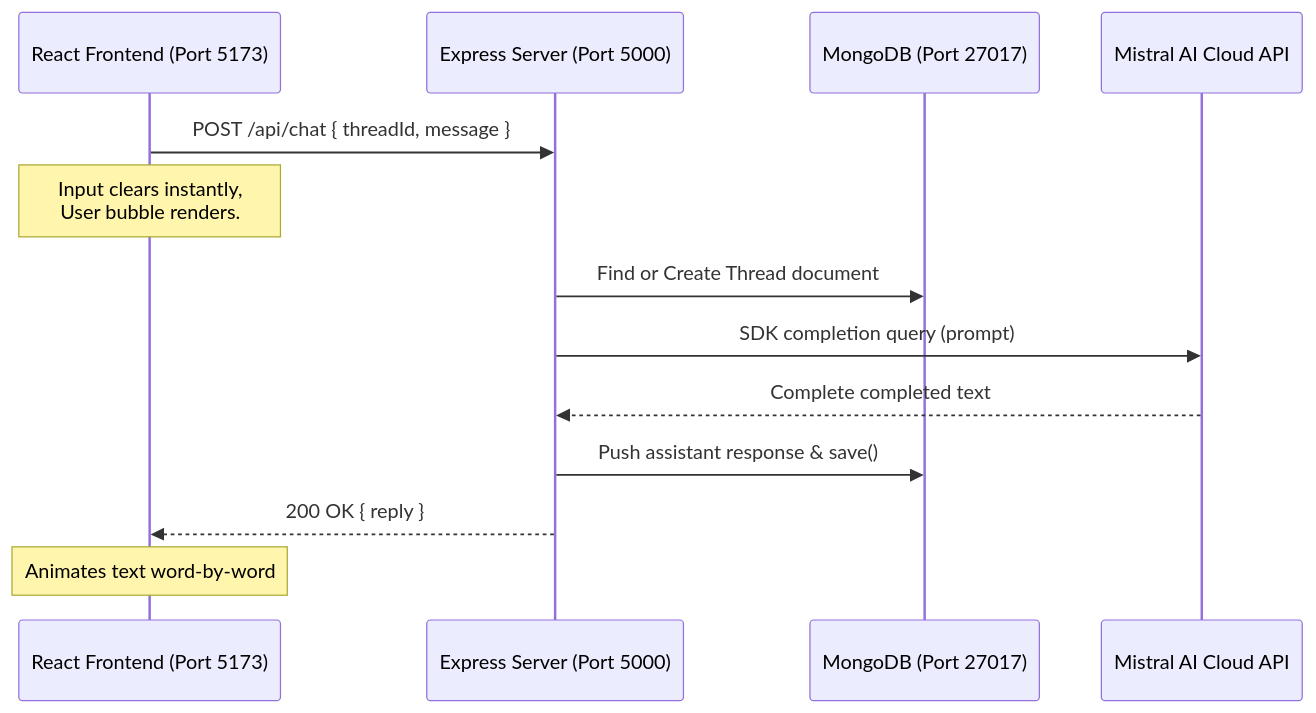
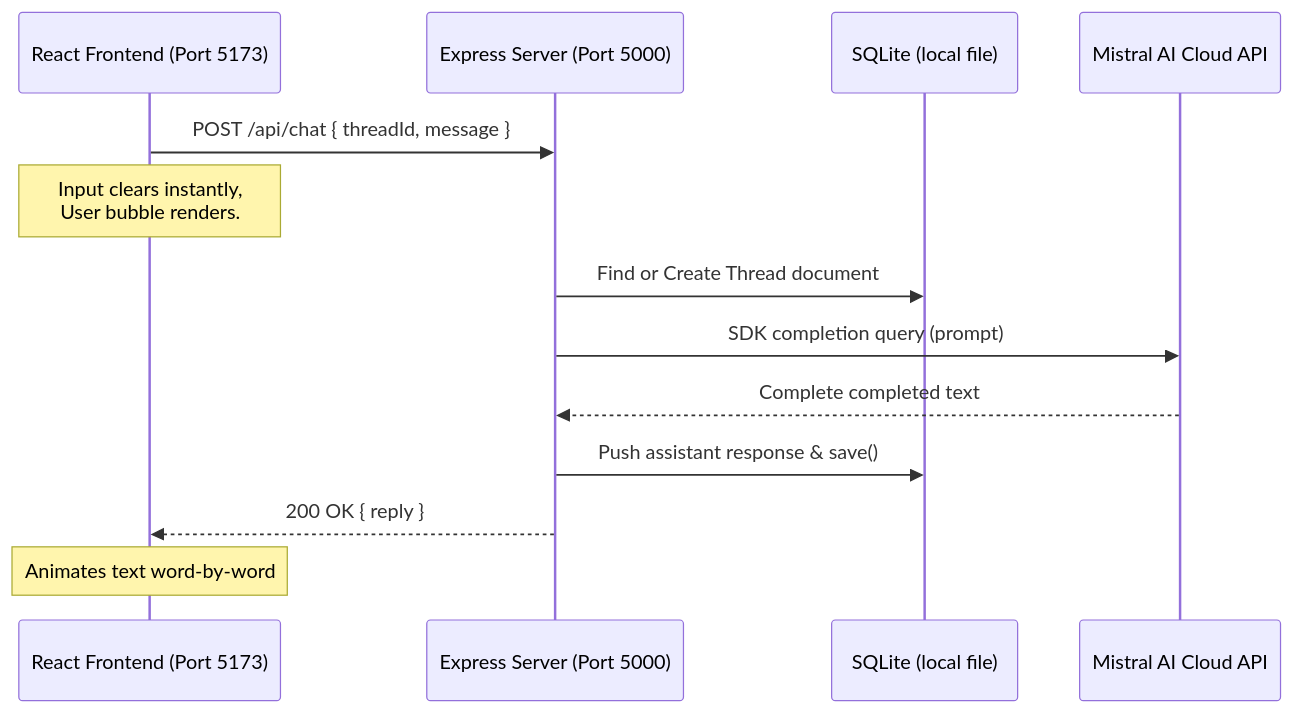
The diagram in README.md (subham1533/SigmaGpt), drawn with Mermaid before and after one commit. The commit also changed other lines of this file and 26 other files, not shown here.

````diff
--- a/README.md
+++ b/README.md
@@ -107,16 +107,16 @@
 ```mermaid
 sequenceDiagram
     participant User as React Frontend (Port 5173)
     participant Server as Express Server (Port 5000)
-    participant Database as MongoDB (Port 27017)
+   participant Database as SQLite (local file)
     participant Mistral as Mistral AI Cloud API
 
     User->>Server: POST /api/chat { threadId, message }
     Note over User: Input clears instantly,<br/>User bubble renders.
     Server->>Database: Find or Create Thread document
     Server->>Mistral: SDK completion query (prompt)
     Mistral-->>Server: Complete completed text
     Server->>Database: Push assistant response & save()
     Server-->>User: 200 OK { reply }
     Note over User: Animates text word-by-word
 ```
````
